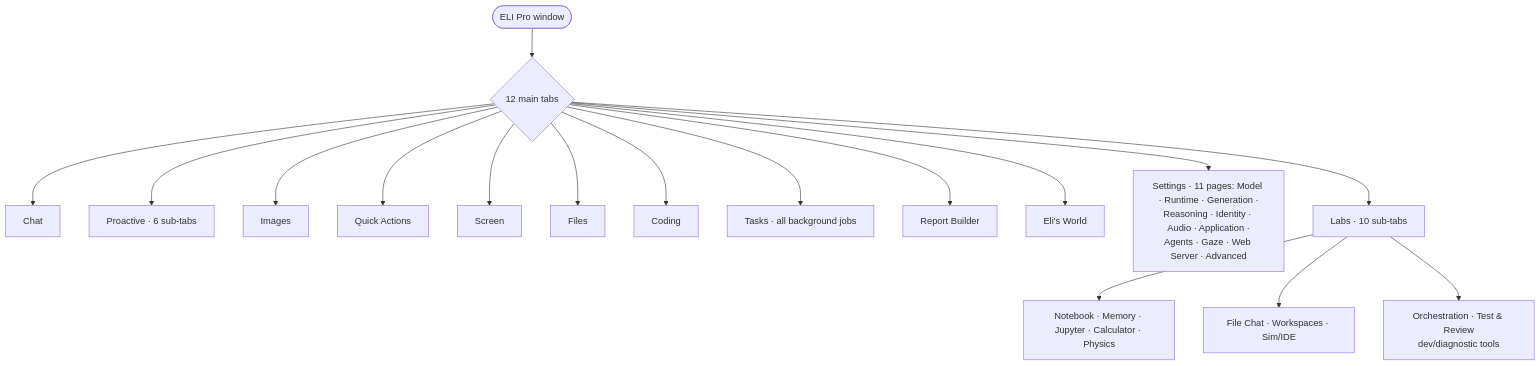
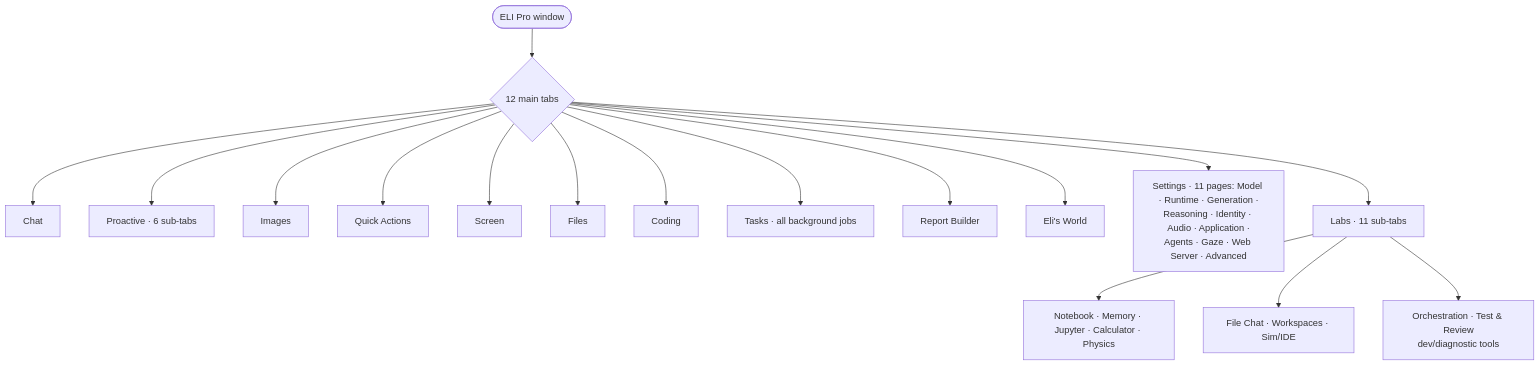
One commit to ShadowESC95/ELI_v3.0 changed the diagram in blueprints/gui.md. Above: the diagram before and after it, drawn with Mermaid. The commit also changed other lines of this file and 72 other files, not shown here.

````diff
--- a/blueprints/gui.md
+++ b/blueprints/gui.md
@@ -9,19 +9,19 @@
 ```mermaid
 flowchart TD
     W([ELI Pro window]) --> T{12 main tabs}
     T --> Chat[Chat]
     T --> Pro[Proactive · 6 sub-tabs]
     T --> Img[Images]
     T --> QA[Quick Actions]
     T --> Scr[Screen]
     T --> Fil[Files]
     T --> Cod[Coding]
     T --> Tsk[Tasks · all background jobs]
     T --> Rep[Report Builder]
     T --> Wld[Eli's World]
     T --> Set[Settings · 11 pages: Model · Runtime · Generation ·<br/>Reasoning · Identity · Audio · Application ·<br/>Agents · Gaze · Web Server · Advanced]
-    T --> Labs[Labs · 10 sub-tabs]
+    T --> Labs[Labs · 11 sub-tabs]
     Labs --> L1[Notebook · Memory · Jupyter · Calculator · Physics]
     Labs --> L2[File Chat · Workspaces · Sim/IDE]
     Labs --> L3[Orchestration · Test & Review<br/>dev/diagnostic tools]
 ```
````
